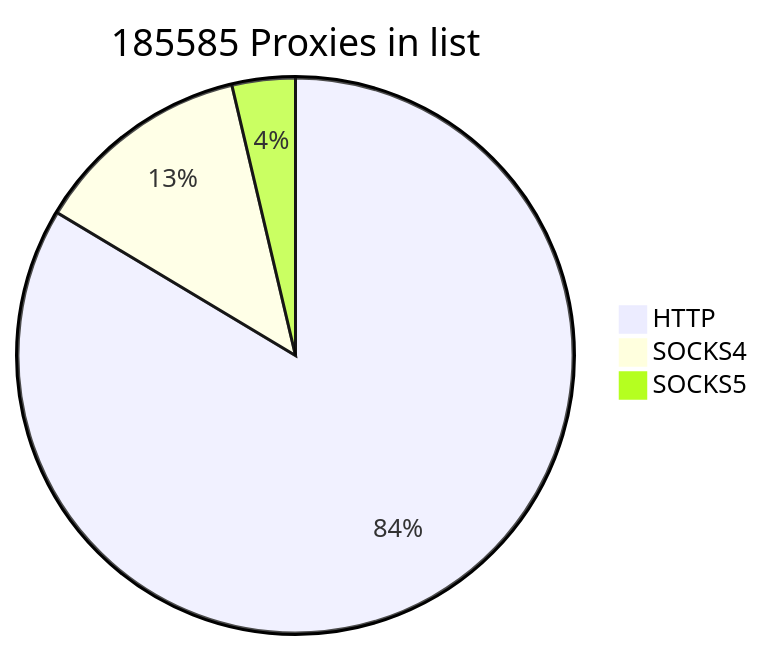
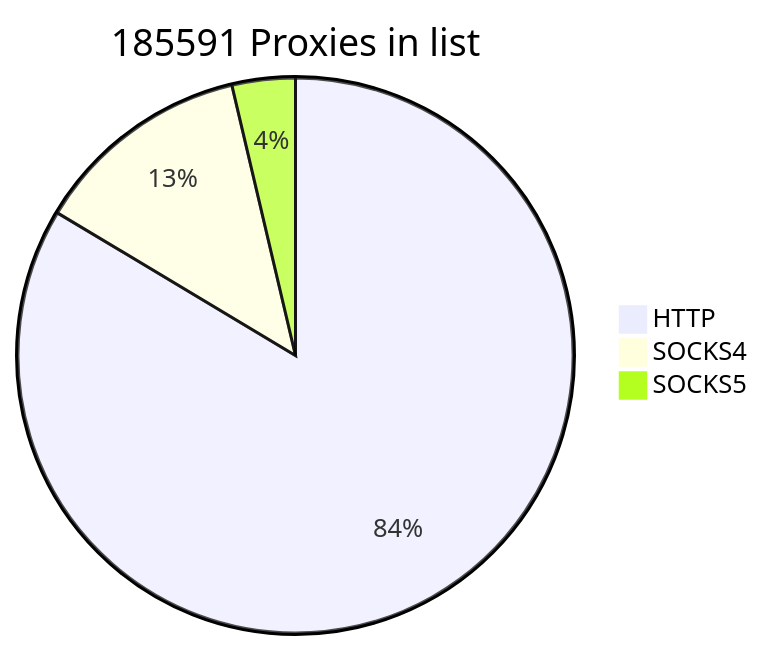
Before and after one commit to cutipu/proxylist: the first of 2 diagrams in README.md, drawn with Mermaid. The commit also changed other lines of this file, not shown here.

````diff
--- a/README.md
+++ b/README.md
@@ -2,7 +2,7 @@
 ```mermaid
-pie title 185585 Proxies in list
+pie title 185591 Proxies in list
     "HTTP" : 155136
-    "SOCKS4" : 23620
-    "SOCKS5" : 6829
+    "SOCKS4" : 23627
+    "SOCKS5" : 6828
             
 ```
````
